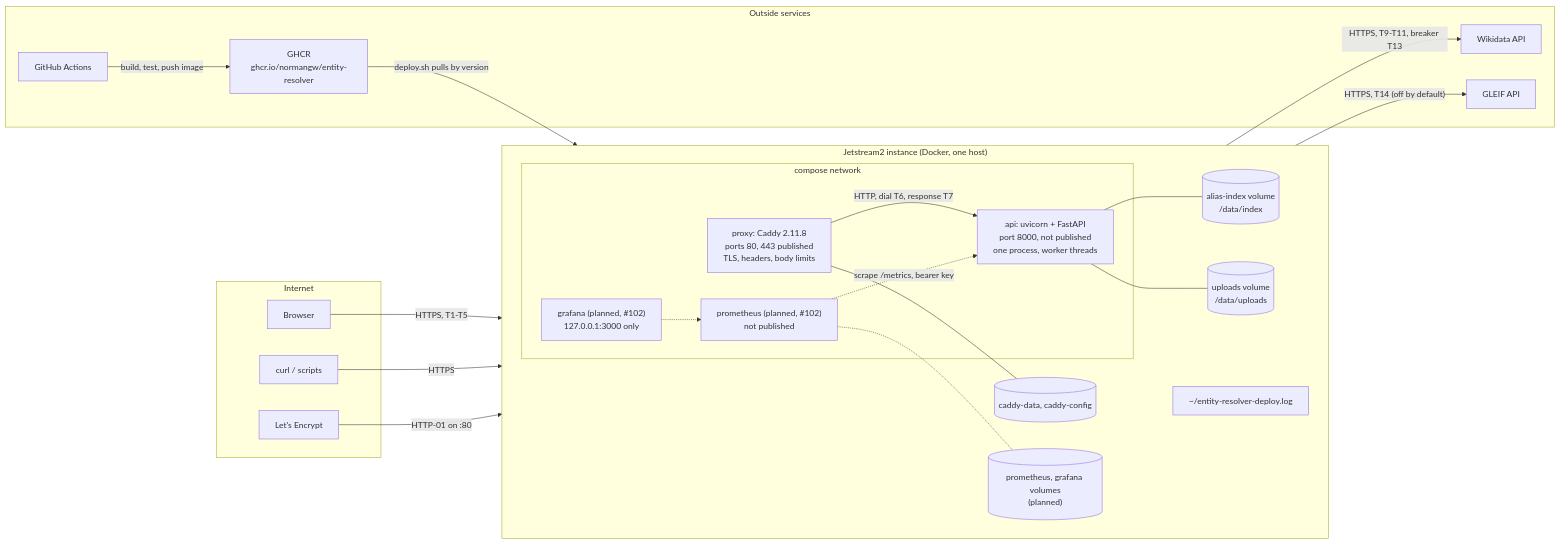
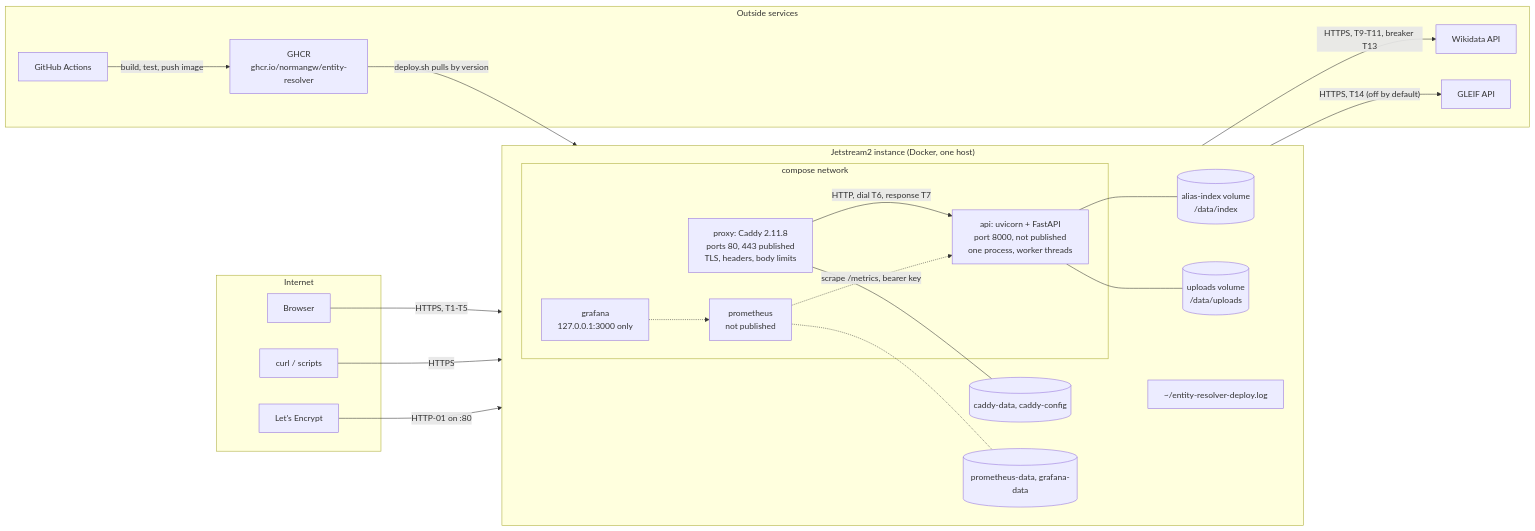
One commit to normangw/entity-resolver changed the second of 5 diagrams in docs/architecture.md. Above: the diagram before and after it, drawn with Mermaid. The commit also changed other lines of this file and 4 other files, not shown here.

````diff
--- a/docs/architecture.md
+++ b/docs/architecture.md
@@ -49,42 +48,42 @@
 ```mermaid
 flowchart LR
     subgraph Internet
         U1[Browser]
         U2[curl / scripts]
         LE[Let's Encrypt]
     end
     subgraph Instance["Jetstream2 instance (Docker, one host)"]
         direction LR
         subgraph net["compose network"]
             P["proxy: Caddy 2.11.8<br/>ports 80, 443 published<br/>TLS, headers, body limits"]
             API["api: uvicorn + FastAPI<br/>port 8000, not published<br/>one process, worker threads"]
-            PR["prometheus (planned, #102)<br/>not published"]
-            GR["grafana (planned, #102)<br/>127.0.0.1:3000 only"]
+            PR["prometheus<br/>not published"]
+            GR["grafana<br/>127.0.0.1:3000 only"]
         end
         V1[("alias-index volume<br/>/data/index")]
         V2[("uploads volume<br/>/data/uploads")]
         V3[("caddy-data, caddy-config")]
-        V4[("prometheus, grafana volumes<br/>(planned)")]
+        V4[("prometheus-data, grafana-data")]
         DL["~/entity-resolver-deploy.log"]
     end
     subgraph External["Outside services"]
         WD[Wikidata API]
         GL[GLEIF API]
         GH["GHCR<br/>ghcr.io/normangw/entity-resolver"]
         CI[GitHub Actions]
     end
     U1 -->|"HTTPS, T1-T5"| P
     U2 -- HTTPS --> P
     LE -->|"HTTP-01 on :80"| P
     P -->|"HTTP, dial T6, response T7"| API
     API -->|"HTTPS, T9-T11, breaker T13"| WD
     API -->|"HTTPS, T14 (off by default)"| GL
     PR -.->|"scrape /metrics, bearer key"| API
     GR -.-> PR
     API --- V1
     API --- V2
     P --- V3
     PR -.- V4
     CI -->|"build, test, push image"| GH
     GH -->|"deploy.sh pulls by version"| API
 ```
````
